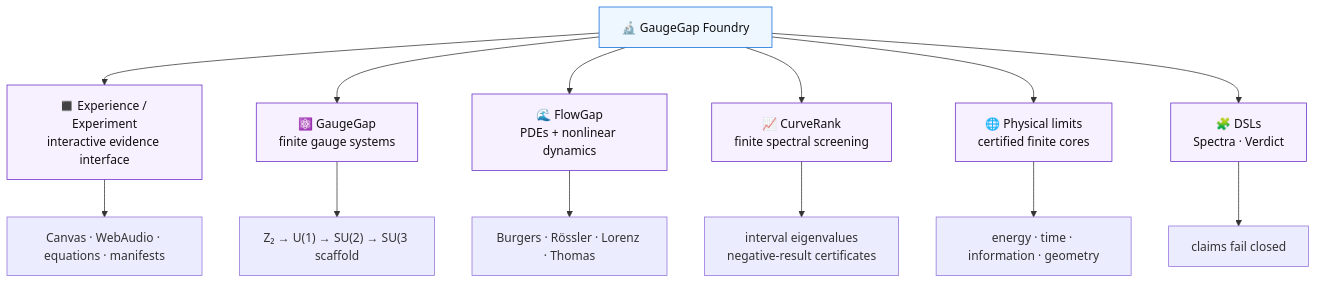
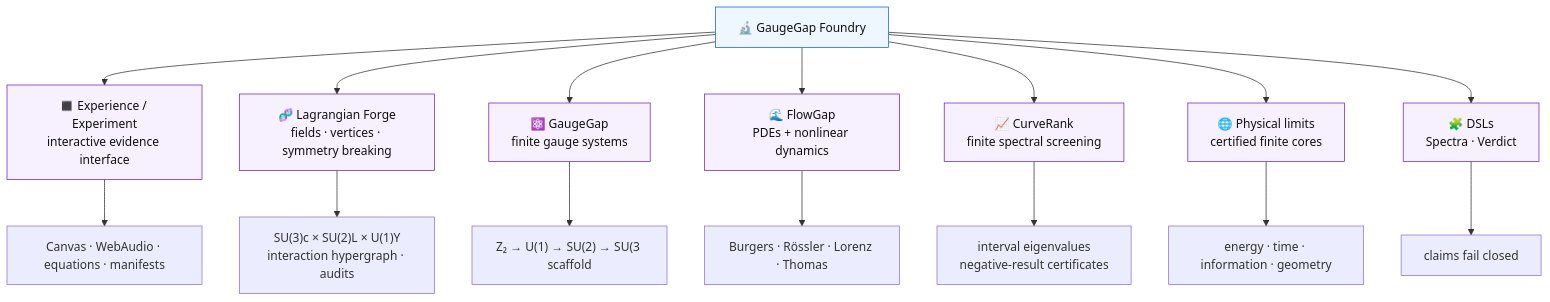
The first of 8 diagrams in README.md (XioAISolutions/gaugegap-foundry), drawn with Mermaid before and after one commit. The commit also changed other lines of this file, not shown here.

Commit message:
docs: surface Lagrangian Forge in the visual README

````diff
--- a/README.md
+++ b/README.md
@@ -48,22 +50,24 @@
 ```mermaid
 flowchart TD
     F["🔬 GaugeGap Foundry"]
     F --> X["◼️ Experience / Experiment<br/>interactive evidence interface"]
+    F --> L["🧬 Lagrangian Forge<br/>fields · vertices · symmetry breaking"]
     F --> G["⚛️ GaugeGap<br/>finite gauge systems"]
     F --> FL["🌊 FlowGap<br/>PDEs + nonlinear dynamics"]
     F --> C["📈 CurveRank<br/>finite spectral screening"]
     F --> P["🌐 Physical limits<br/>certified finite cores"]
     F --> D["🧩 DSLs<br/>Spectra · Verdict"]
 
     X --> X1["Canvas · WebAudio · equations · manifests"]
+    L --> L1["SU(3)c × SU(2)L × U(1)Y<br/>interaction hypergraph · audits"]
     G --> G1["Z₂ → U(1) → SU(2) → SU(3 scaffold"]
     FL --> FL1["Burgers · Rössler · Lorenz · Thomas"]
     C --> C1["interval eigenvalues<br/>negative-result certificates"]
     P --> P1["energy · time · information · geometry"]
     D --> D1["claims fail closed"]
 
     classDef main fill:#eef6ff,stroke:#0969da,color:#111;
     classDef edge fill:#f6f0ff,stroke:#6929c4,color:#111;
     class F main;
-    class X,G,FL,C,P,D edge;
+    class X,L,G,FL,C,P,D edge;
 ```
````
